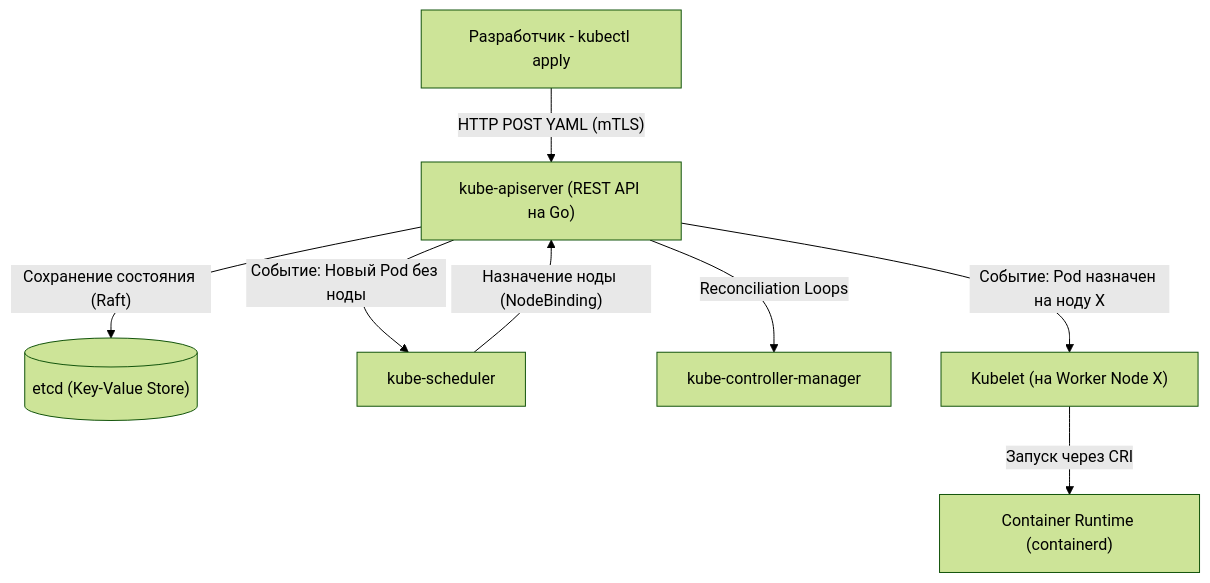
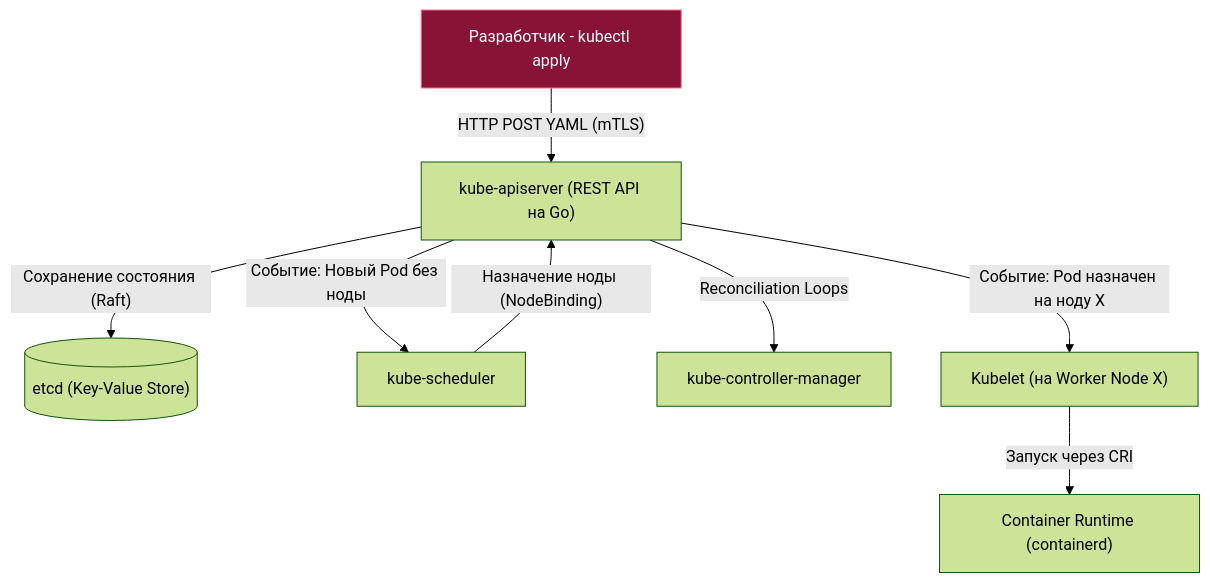
Before and after one commit to UnrealTemplier/go-textbook: the second of 3 diagrams in sources/19. Инфраструктура. Linux, nginx, Docker, Kubernetes/04. Kubernetes/1. Kubernetes. Архитектура.md, drawn with Mermaid (forest theme). The commit also changed other lines of this file and 1666 other files, not shown here.

First line of the commit message:
feat(mermaid): add semantic color classDef to 1369 colorless flowchart/graph diagrams

````diff
--- a/sources/19. Инфраструктура. Linux, nginx, Docker, Kubernetes/04. Kubernetes/1. Kubernetes. Архитектура.md
+++ b/sources/19. Инфраструктура. Linux, nginx, Docker, Kubernetes/04. Kubernetes/1. Kubernetes. Архитектура.md
@@ -41,13 +51,23 @@
 ```mermaid
 flowchart TD
-    User["Разработчик - kubectl apply"] -->|"HTTP POST YAML (mTLS)"| APIServer["kube-apiserver (REST API на Go)"]
+    classDef process  fill:#1e293b,stroke:#38bdf8,stroke-width:1px,color:#f8fafc
+    classDef success  fill:#064e3b,stroke:#34d399,stroke-width:1px,color:#f8fafc
+    classDef error    fill:#7f1d1d,stroke:#f87171,stroke-width:1px,color:#f8fafc
+    classDef warning  fill:#78350f,stroke:#fbbf24,stroke-width:1px,color:#f8fafc
+    classDef entry    fill:#1e3a5f,stroke:#38bdf8,stroke-width:2px,color:#f8fafc
+    classDef aux      fill:#334155,stroke:#64748b,stroke-width:1px,color:#f8fafc
+    classDef system   fill:#312e81,stroke:#a78bfa,stroke-width:1px,color:#f8fafc
+    classDef data     fill:#132d29,stroke:#2dd4bf,stroke-width:1px,color:#f8fafc
+    classDef network  fill:#881337,stroke:#fb7185,stroke-width:1px,color:#f8fafc
+    classDef accent   fill:#1e1b4b,stroke:#818cf8,stroke-width:1px,color:#f8fafc
+    User["Разработчик - kubectl apply"]:::network -->|"HTTP POST YAML (mTLS)"| APIServer["kube-apiserver (REST API на Go)"]
     APIServer -->|"Сохранение состояния (Raft)"| Etcd[("etcd (Key-Value Store)")]
     
     APIServer -->|"Событие: Новый Pod без ноды"| Scheduler["kube-scheduler"]
     Scheduler -->|"Назначение ноды (NodeBinding)"| APIServer
     
     APIServer -->|"Reconciliation Loops"| KCM["kube-controller-manager"]
     
     APIServer -->|"Событие: Pod назначен на ноду X"| Kubelet["Kubelet (на Worker Node X)"]
     Kubelet -->|"Запуск через CRI"| Runtime["Container Runtime (containerd)"]
 ```
````
